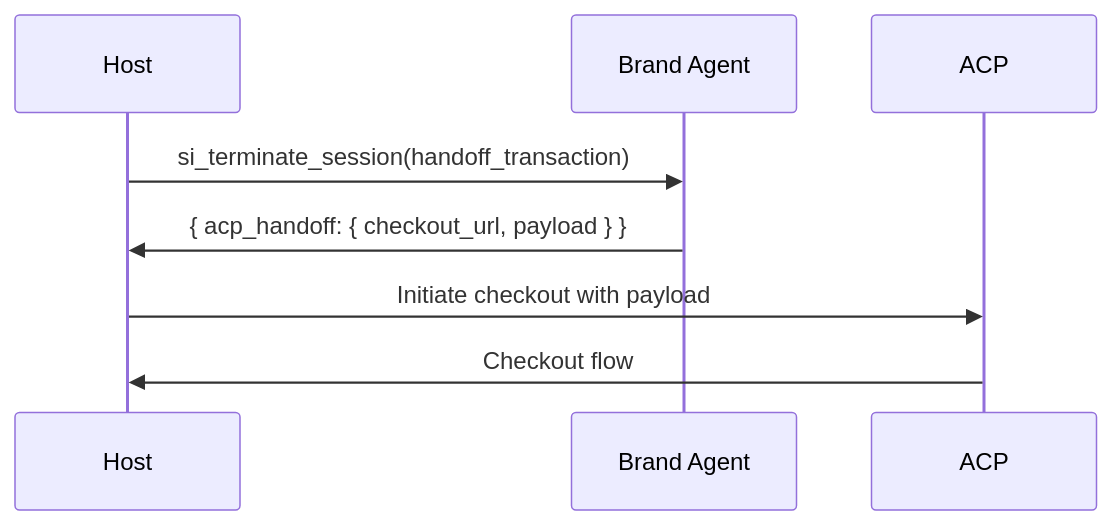
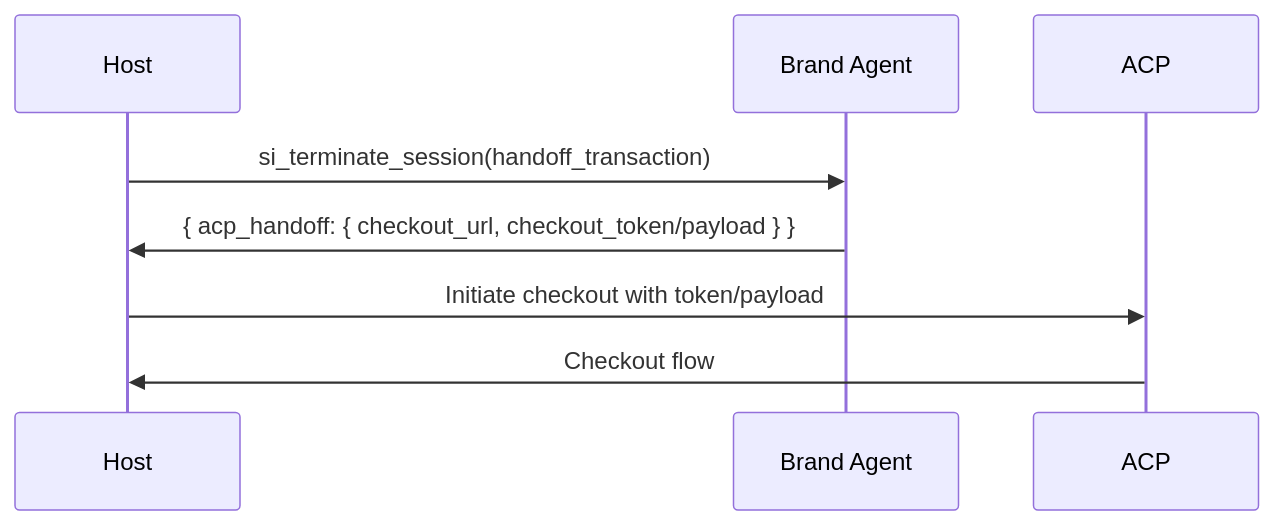
Before and after one commit to adcontextprotocol/adcp: the diagram in docs/sponsored-intelligence/tasks/si_terminate_session.mdx, drawn with Mermaid. The commit also changed other lines of this file and 3 other files, not shown here.

First line of the commit message:
fix: align acp_handoff docs with schema, add session_ttl_seconds

````diff
--- a/docs/sponsored-intelligence/tasks/si_terminate_session.mdx
+++ b/docs/sponsored-intelligence/tasks/si_terminate_session.mdx
@@ -258,11 +259,11 @@
 ```mermaid
 sequenceDiagram
     participant H as Host
     participant B as Brand Agent
     participant A as ACP
 
     H->>B: si_terminate_session(handoff_transaction)
-    B->>H: { acp_handoff: { checkout_url, payload } }
-    H->>A: Initiate checkout with payload
+    B->>H: { acp_handoff: { checkout_url, checkout_token/payload } }
+    H->>A: Initiate checkout with token/payload
     A->>H: Checkout flow
 ```
````
